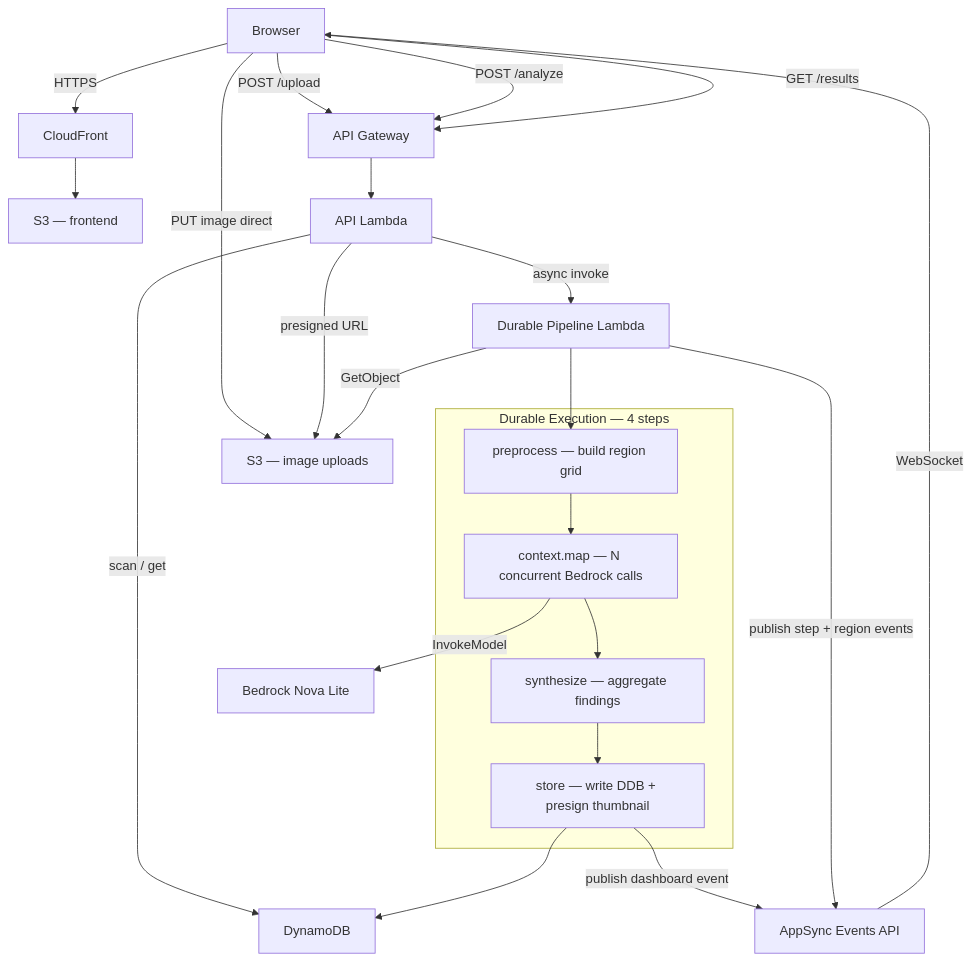
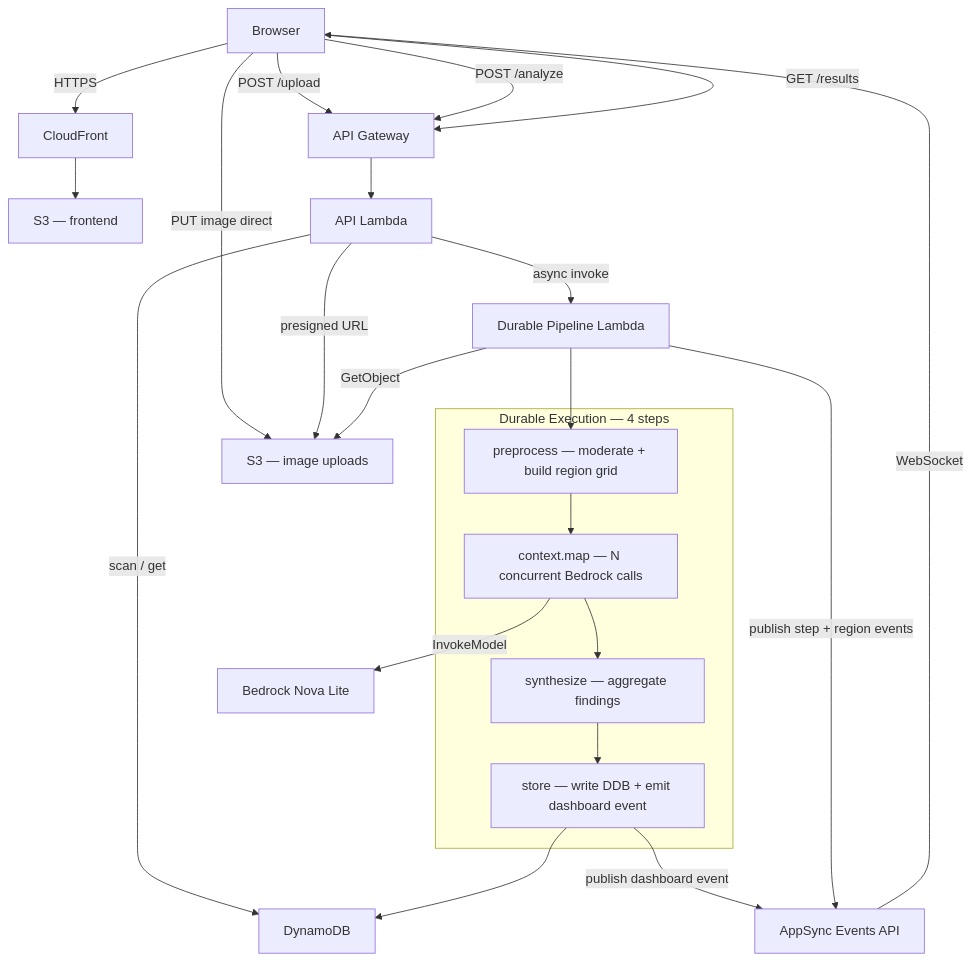
One commit to singledigit/image-analysis-orchestration changed the diagram in README.md. Above: the diagram before and after it, drawn with Mermaid. The commit also changed other lines of this file and 5 other files, not shown here.

````diff
--- a/README.md
+++ b/README.md
@@ -15,43 +11,43 @@
 ```mermaid
 graph TD
     Browser["Browser"]
     CF["CloudFront"]
     S3F["S3 — frontend"]
     APIGW["API Gateway"]
     ApiLambda["API Lambda"]
     S3I["S3 — image uploads"]
     Pipeline["Durable Pipeline Lambda"]
     Bedrock["Bedrock Nova Lite"]
     DDB["DynamoDB"]
     AppSync["AppSync Events API"]
 
     Browser -->|HTTPS| CF
     CF --> S3F
 
     Browser -->|POST /upload| APIGW
     Browser -->|PUT image direct| S3I
     Browser -->|POST /analyze| APIGW
     Browser -->|GET /results| APIGW
     APIGW --> ApiLambda
     ApiLambda -->|presigned URL| S3I
     ApiLambda -->|async invoke| Pipeline
     ApiLambda -->|scan / get| DDB
 
     Pipeline -->|GetObject| S3I
 
     subgraph Durable ["Durable Execution — 4 steps"]
-        Step1["preprocess — build region grid"]
+        Step1["preprocess — moderate + build region grid"]
         Step2["context.map — N concurrent Bedrock calls"]
         Step3["synthesize — aggregate findings"]
-        Step4["store — write DDB + presign thumbnail"]
+        Step4["store — write DDB + emit dashboard event"]
         Step1 --> Step2 --> Step3 --> Step4
     end
 
     Pipeline --> Step1
     Step2 -->|InvokeModel| Bedrock
     Step4 --> DDB
     Step4 -->|publish dashboard event| AppSync
     Pipeline -->|publish step + region events| AppSync
 
     AppSync -->|WebSocket| Browser
 ```
````
